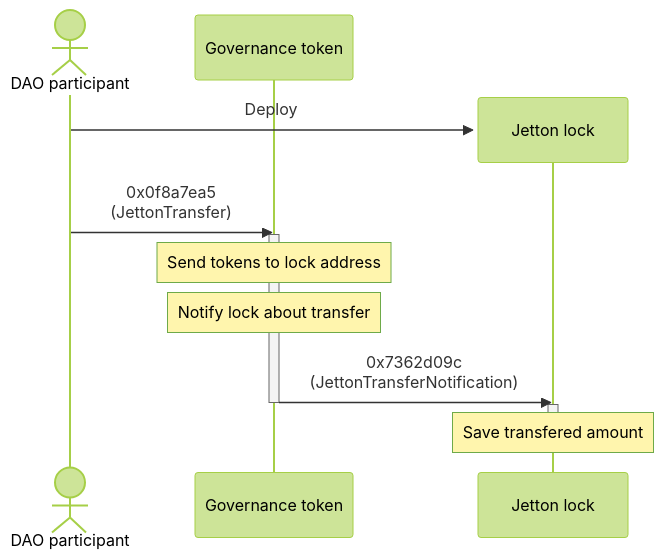
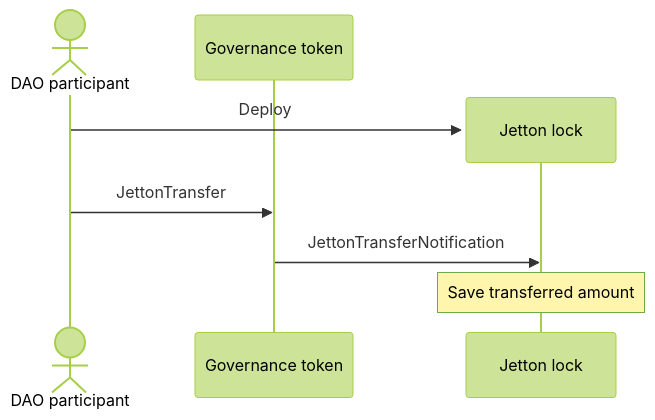
The first of 4 diagrams in docs/ARCHITECTURE.md (supadupadao/skipper), drawn with Mermaid (forest theme) before and after one commit. The commit also changed other lines of this file and 11 other files, not shown here.

````diff
--- a/docs/ARCHITECTURE.md
+++ b/docs/ARCHITECTURE.md
@@ -53,17 +62,11 @@
 ```mermaid
 sequenceDiagram
   actor wallet as DAO participant
   participant jetton as Governance token
 
   create participant lock as Jetton lock
   wallet ->> lock: Deploy
-  wallet ->> jetton: 0x0f8a7ea5<br/>(JettonTransfer)
-  activate jetton
-  Note over jetton: Send tokens to lock address
-  Note over jetton: Notify lock about transfer
-  jetton ->> lock: 0x7362d09c<br/>(JettonTransferNotification)
-  deactivate jetton
-  activate lock
-  Note over lock: Save transfered amount
-  deactivate lock
+  wallet ->> jetton: JettonTransfer
+  jetton ->> lock: JettonTransferNotification
+  Note over lock: Save transferred amount
 ```
````
